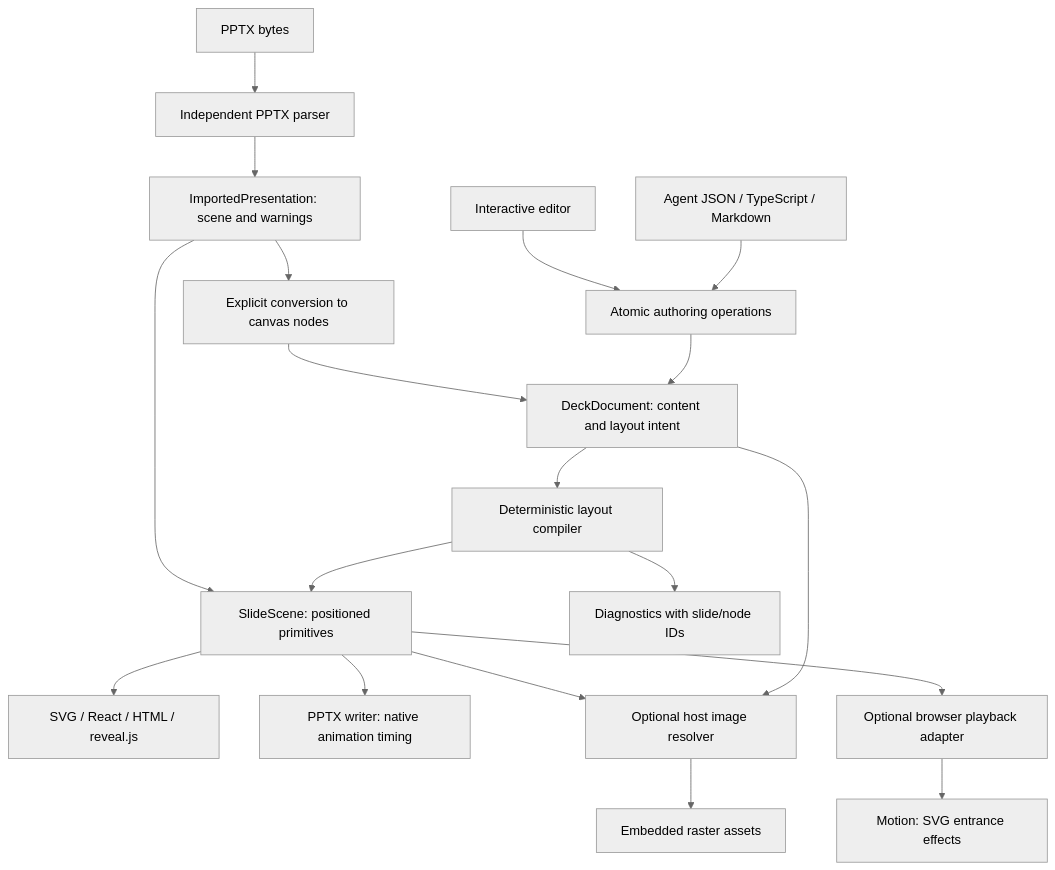
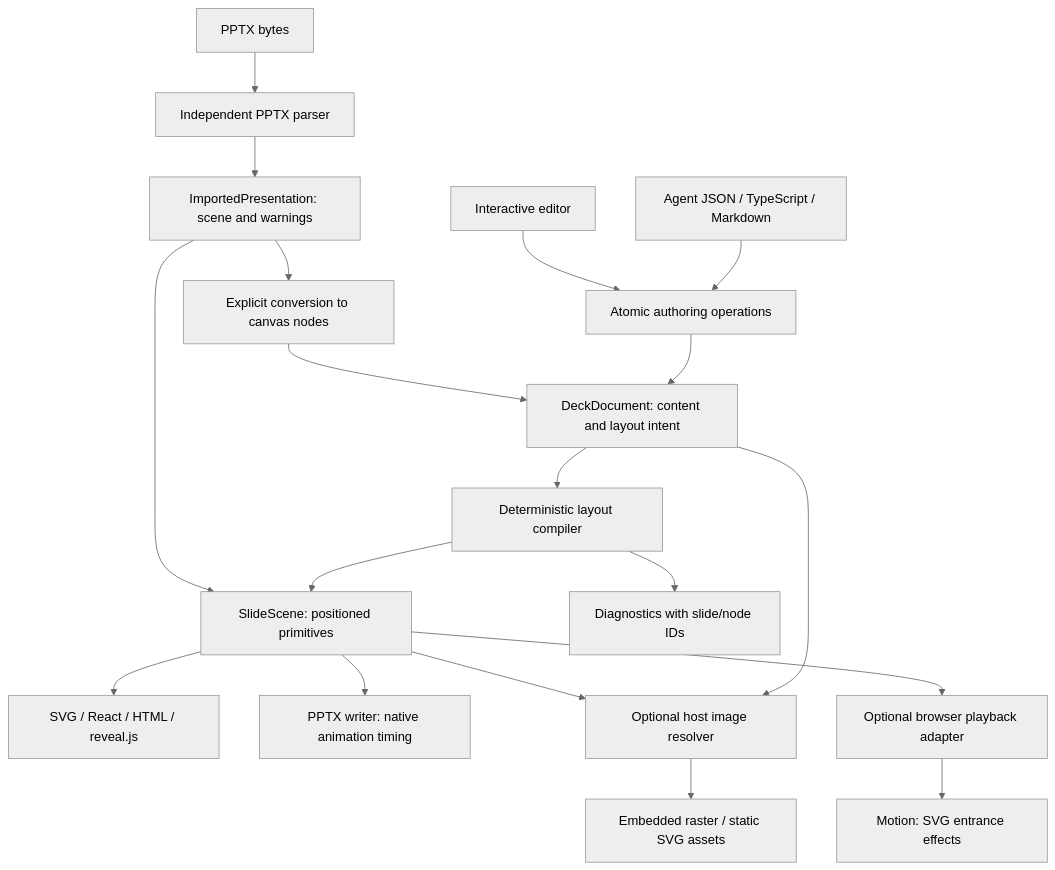
The diagram in docs/architecture.md (byfungsi/lipat), drawn with Mermaid (neutral theme) before and after one commit. The commit also changed other lines of this file and 117 other files, not shown here.

First line of the commit message:
Release Lipat 0.7.0: charts, SVG, 60 templates and visual editor

````diff
--- a/docs/architecture.md
+++ b/docs/architecture.md
@@ -3,21 +3,21 @@
 ```mermaid
 flowchart TD
   Agent[Agent JSON / TypeScript / Markdown] --> Author[Atomic authoring operations]
   Editor[Interactive editor] --> Author
   Author --> Document[DeckDocument: content and layout intent]
   Document --> Layout[Deterministic layout compiler]
   Layout --> Scene[SlideScene: positioned primitives]
   Layout --> Diagnostics[Diagnostics with slide/node IDs]
   Bytes[PPTX bytes] --> Parser[Independent PPTX parser]
   Parser --> Imported[ImportedPresentation: scene and warnings]
   Imported --> Scene
   Imported --> Lift[Explicit conversion to canvas nodes]
   Lift --> Document
   Scene --> Render[SVG / React / HTML / reveal.js]
   Scene --> Export[PPTX writer: native animation timing]
   Document --> Resolve[Optional host image resolver]
   Scene --> Resolve
-  Resolve --> Assets[Embedded raster assets]
+  Resolve --> Assets[Embedded raster / static SVG assets]
   Scene --> Playback[Optional browser playback adapter]
   Playback --> Motion[Motion: SVG entrance effects]
 ```
````
